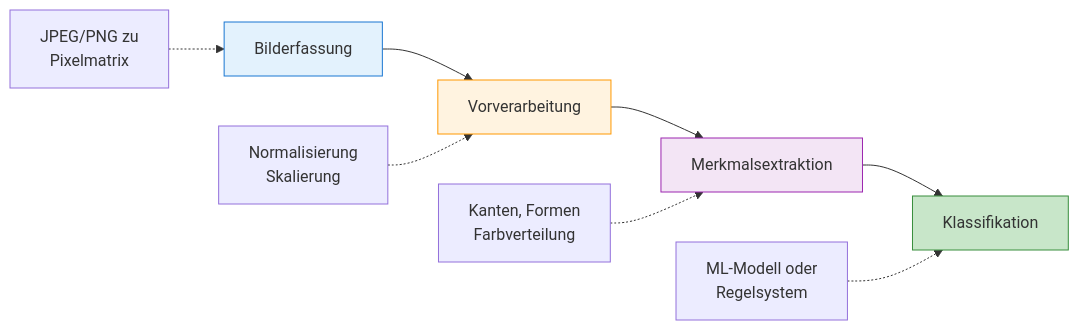
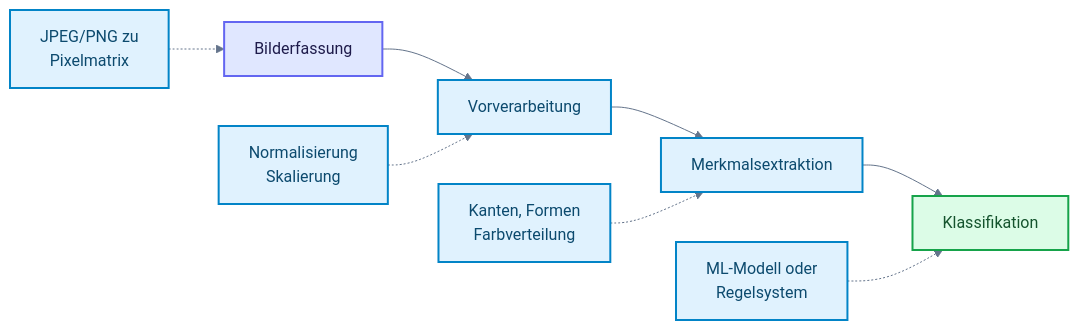
The diagram in docs/09-multimodal/multimodal-bild.md (ralf-42/GenAI), drawn with Mermaid before and after one commit. The commit also changed 25 other files, not shown here.

````diff
--- a/docs/09-multimodal/multimodal-bild.md
+++ b/docs/09-multimodal/multimodal-bild.md
@@ -36,16 +36,35 @@
 ```mermaid
+---
+config:
+  theme: base
+  look: classic
+  themeVariables:
+    primaryColor: '#e0f2fe'
+    primaryBorderColor: '#0284c7'
+    primaryTextColor: '#1e293b'
+    lineColor: '#64748b'
+    clusterBkg: '#f8fafc'
+    clusterBorder: '#cbd5e1'
+    noteBkgColor: '#fef3c7'
+    noteBorderColor: '#d97706'
+    noteTextColor: '#78350f'
+    edgeLabelBackground: '#ffffff'
+---
+
 flowchart LR
     A[Bilderfassung] --> B[Vorverarbeitung]
     B --> C[Merkmalsextraktion]
     C --> D[Klassifikation]
 
     A1[JPEG/PNG zu<br>Pixelmatrix] -.-> A
     B1[Normalisierung<br>Skalierung] -.-> B
     C1[Kanten, Formen<br>Farbverteilung] -.-> C
     D1[ML-Modell oder<br>Regelsystem] -.-> D
 
-    style A fill:#e3f2fd,stroke:#1976d2
-    style B fill:#fff3e0,stroke:#ff9800
-    style C fill:#f3e5f5,stroke:#9c27b0
-    style D fill:#c8e6c9,stroke:#388e3c
+%% Funktionsfarben nach Mermaid_Best_Practices.md
+classDef default fill:#e0f2fe,stroke:#0284c7,stroke-width:2px,color:#0c4a6e;
+classDef input fill:#e0e7ff,stroke:#6366f1,stroke-width:2px,color:#1e1b4b;
+classDef output fill:#dcfce7,stroke:#16a34a,stroke-width:2px,color:#14532d;
+class A input;
+class D output;
 ```
````
